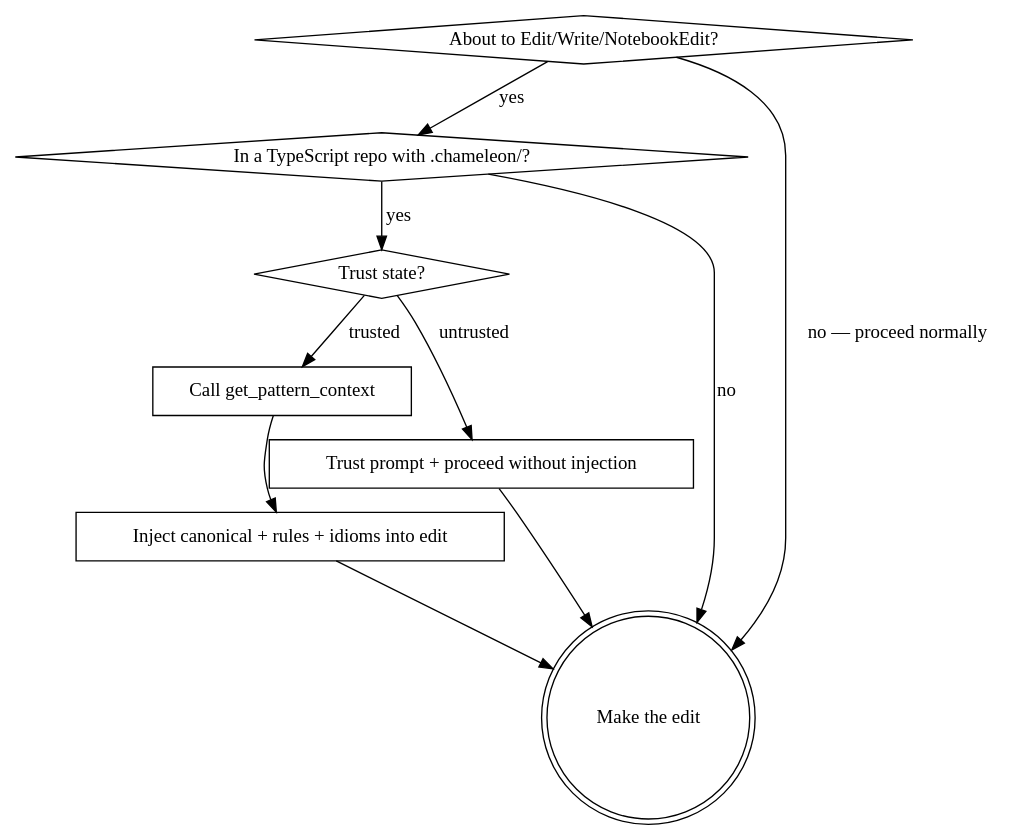
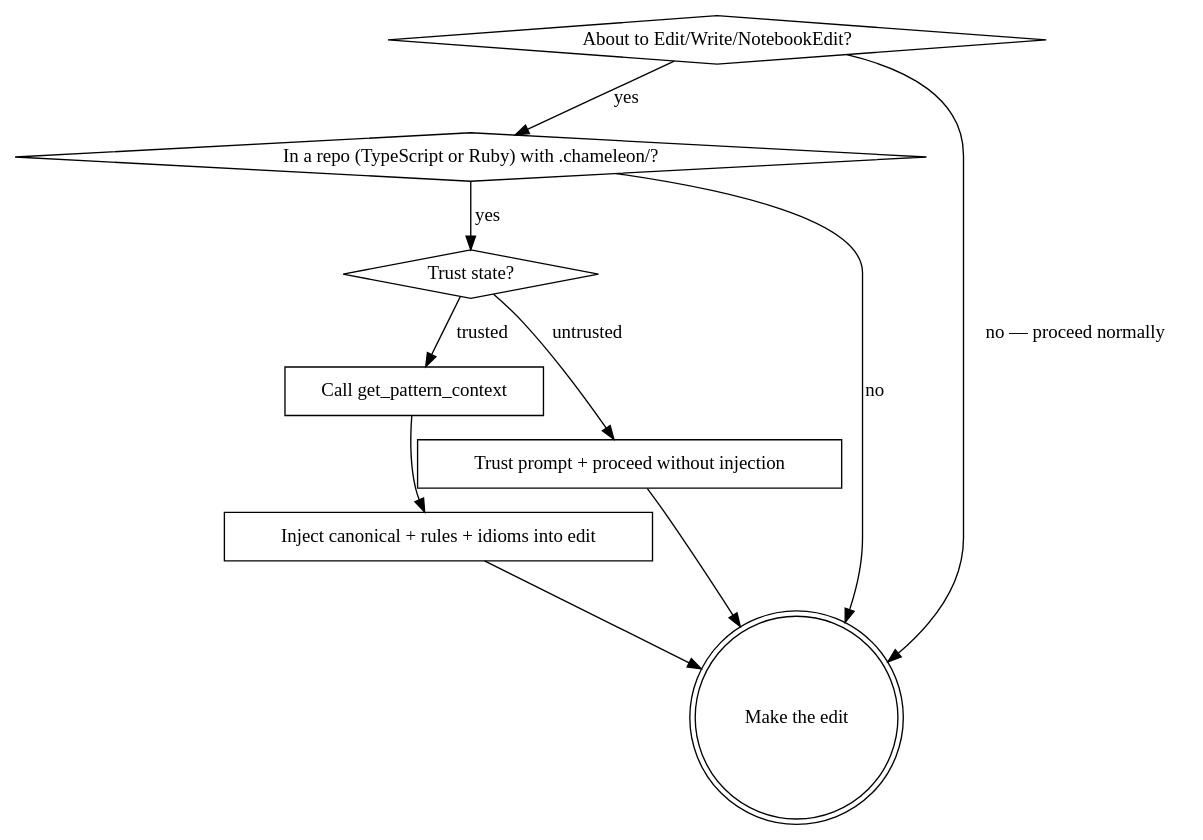
Before and after one commit to crisnahine/chameleon: the diagram in skills/using-chameleon/SKILL.md, drawn with Graphviz. The commit also changed other lines of this file and 3 other files, not shown here.

````diff
--- a/skills/using-chameleon/SKILL.md
+++ b/skills/using-chameleon/SKILL.md
@@ -51,21 +51,21 @@
 ```dot
 digraph using_chameleon {
     "About to Edit/Write/NotebookEdit?" [shape=diamond];
-    "In a TypeScript repo with .chameleon/?" [shape=diamond];
+    "In a repo (TypeScript or Ruby) with .chameleon/?" [shape=diamond];
     "Trust state?" [shape=diamond];
     "Call get_pattern_context" [shape=box];
     "Trust prompt + proceed without injection" [shape=box];
     "Inject canonical + rules + idioms into edit" [shape=box];
     "Make the edit" [shape=doublecircle];
 
-    "About to Edit/Write/NotebookEdit?" -> "In a TypeScript repo with .chameleon/?" [label="yes"];
+    "About to Edit/Write/NotebookEdit?" -> "In a repo (TypeScript or Ruby) with .chameleon/?" [label="yes"];
     "About to Edit/Write/NotebookEdit?" -> "Make the edit" [label="no — proceed normally"];
-    "In a TypeScript repo with .chameleon/?" -> "Make the edit" [label="no"];
-    "In a TypeScript repo with .chameleon/?" -> "Trust state?" [label="yes"];
+    "In a repo (TypeScript or Ruby) with .chameleon/?" -> "Make the edit" [label="no"];
+    "In a repo (TypeScript or Ruby) with .chameleon/?" -> "Trust state?" [label="yes"];
     "Trust state?" -> "Trust prompt + proceed without injection" [label="untrusted"];
     "Trust state?" -> "Call get_pattern_context" [label="trusted"];
     "Trust prompt + proceed without injection" -> "Make the edit";
     "Call get_pattern_context" -> "Inject canonical + rules + idioms into edit";
     "Inject canonical + rules + idioms into edit" -> "Make the edit";
 }
 ```
````
